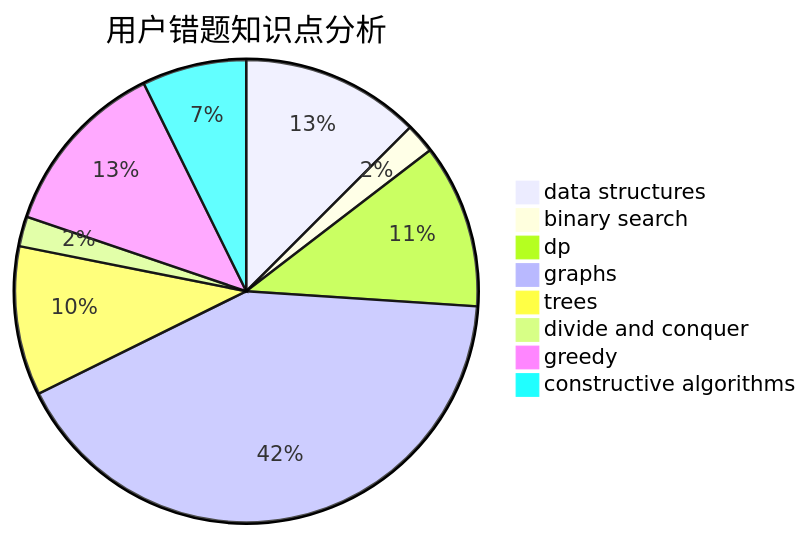
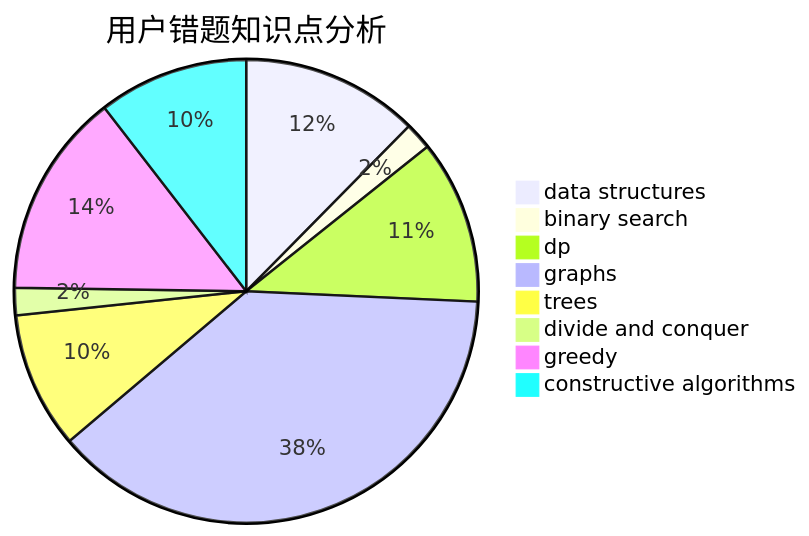
The third of 3 diagrams in docs/user/u48.md (sherpahu/cfrs.github.io), drawn with Mermaid before and after one commit. The commit also changed other lines of this file and 2770 other files, not shown here.

````diff
--- a/docs/user/u48.md
+++ b/docs/user/u48.md
@@ -36,11 +36,11 @@
 ```mermaid
 pie title 用户错题知识点分析
-    "data structures" :  12
+    "data structures" :  13
     "binary search" :  2
-    "dp" :  11
+    "dp" :  12
     "graphs" :  40
     "trees" :  10
     "divide and conquer" :  2
-    "greedy" :  12
-    "constructive algorithms" :  7
+    "greedy" :  15
+    "constructive algorithms" :  11
 ```
````
